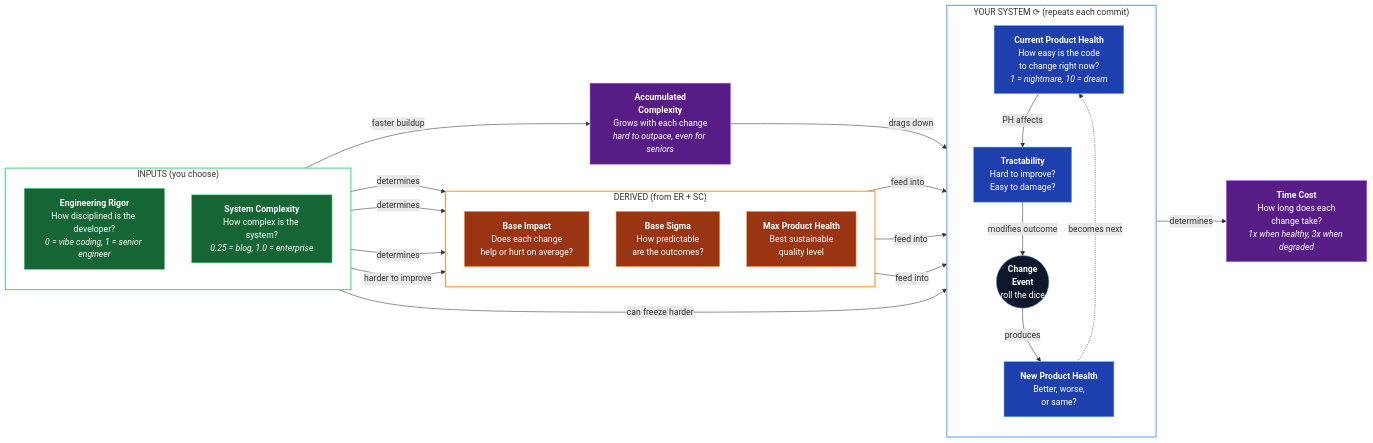
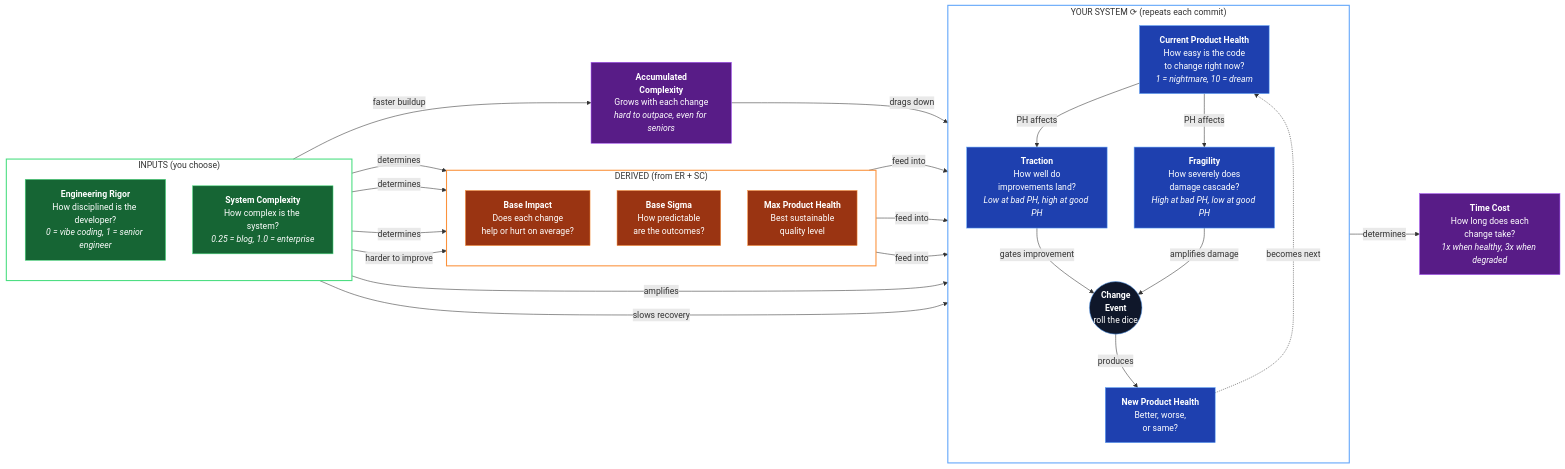
One commit to dawid-dahl-umain/product-health-dynamics changed the diagram in README.md. Above: the diagram before and after it, drawn with Mermaid. The commit also changed other lines of this file and 5 other files, not shown here.

Commit message:
refactor: update README to clarify traction and fragility concepts, enhance simulation model with new calculations for system state, and adjust UI components for improved user interaction

````diff
--- a/README.md
+++ b/README.md
@@ -67,55 +68,58 @@
 ```mermaid
 flowchart LR
     subgraph inputs ["INPUTS (you choose)"]
         direction TB
         ER["<b>Engineering Rigor</b><br/>How disciplined is the developer?<br/><i>0 = vibe coding, 1 = senior engineer</i>"]
         SC["<b>System Complexity</b><br/>How complex is the system?<br/><i>0.25 = blog, 1.0 = enterprise</i>"]
     end
 
     subgraph derived ["DERIVED (from ER + SC)"]
         direction TB
         BI["<b>Base Impact</b><br/>Does each change<br/>help or hurt on average?"]
         BS["<b>Base Sigma</b><br/>How predictable<br/>are the outcomes?"]
         MH["<b>Max Product Health</b><br/>Best sustainable<br/>quality level"]
     end
 
     subgraph loop ["YOUR SYSTEM ⟳ (repeats each commit)"]
         direction TB
         PH["<b>Current Product Health</b><br/>How easy is the code<br/>to change right now?<br/><i>1 = nightmare, 10 = dream</i>"]
-        SS["<b>Tractability</b><br/>Hard to improve?<br/>Easy to damage?"]
+        TR["<b>Traction</b><br/>How well do<br/>improvements land?<br/><i>Low at bad PH, high at good PH</i>"]
+        FR["<b>Fragility</b><br/>How severely does<br/>damage cascade?<br/><i>High at bad PH, low at good PH</i>"]
         CE(("<b>Change</b><br/><b>Event</b><br/>roll the dice"))
         NPH["<b>New Product Health</b><br/>Better, worse,<br/>or same?"]
 
-        PH -->|"PH affects"| SS
-        SS -->|"modifies outcome"| CE
+        PH -->|"PH affects"| TR & FR
+        TR -->|"gates improvement"| CE
+        FR -->|"amplifies damage"| CE
         CE -->|"produces"| NPH
         NPH -.->|"becomes next"| PH
     end
 
     AC["<b>Accumulated</b><br/><b>Complexity</b><br/>Grows with each change<br/><i>hard to outpace, even for seniors</i>"]
     TC["<b>Time Cost</b><br/>How long does each<br/>change take?<br/><i>1x when healthy, 3x when degraded</i>"]
 
     ER -->|"determines"| BI & BS & MH
     SC -->|"harder to improve"| BI
-    SC -->|"can freeze harder"| SS
+    SC -->|"amplifies"| FR
+    SC -->|"slows recovery"| TR
     SC -->|"faster buildup"| AC
     BI & BS & MH -->|"feed into"| CE
     AC -->|"drags down"| CE
-    SS -->|"determines"| TC
+    PH -->|"determines"| TC
 
     style inputs fill:none,stroke:#4ade80,stroke-width:2px
     style derived fill:none,stroke:#fb923c,stroke-width:2px
     style loop fill:none,stroke:#60a5fa,stroke-width:2px
 
     classDef inputNode fill:#166534,stroke:#4ade80,color:#fff
     classDef derivedNode fill:#9a3412,stroke:#fb923c,color:#fff
     classDef loopNode fill:#1e40af,stroke:#60a5fa,color:#fff
     classDef timeNode fill:#581c87,stroke:#a855f7,color:#fff
     classDef eventNode fill:#0f172a,stroke:#60a5fa,color:#fff
 
     class ER,SC inputNode
     class BI,BS,MH derivedNode
-    class PH,SS,NPH loopNode
+    class PH,TR,FR,NPH loopNode
     class CE eventNode
     class AC,TC timeNode
 ```
````
